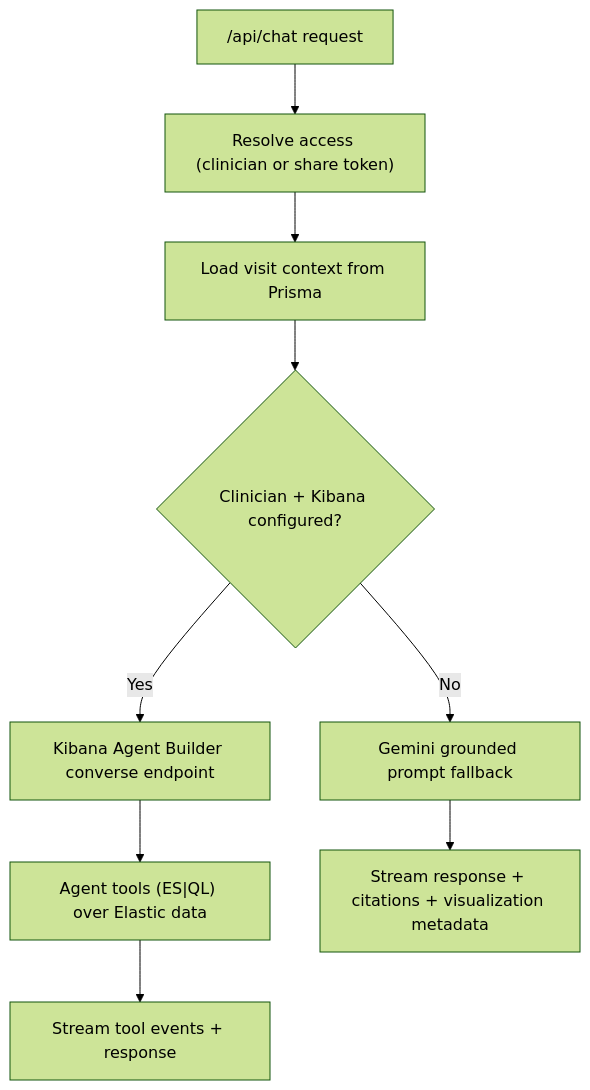
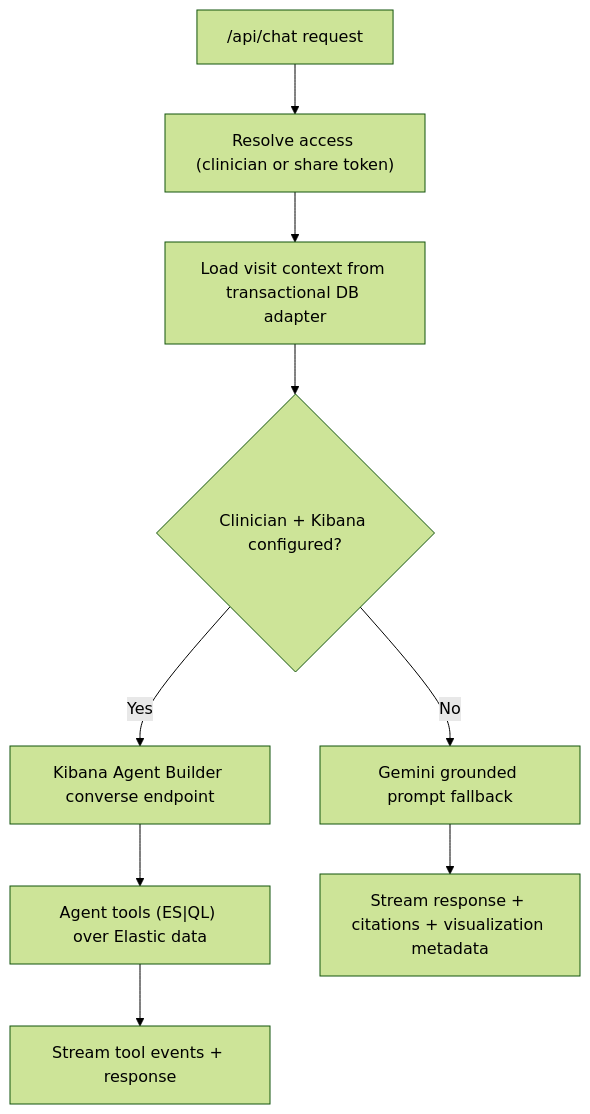
One commit to Manoj7ar/Synth changed the fifth of 6 diagrams in ELASTICSEARCH_INTEGRATION_DEEP_DIVE.md. Above: the diagram before and after it, drawn with Mermaid (forest theme). The commit also changed other lines of this file and 1 other file, not shown here.

````diff
--- a/ELASTICSEARCH_INTEGRATION_DEEP_DIVE.md
+++ b/ELASTICSEARCH_INTEGRATION_DEEP_DIVE.md
@@ -438,13 +438,13 @@
 ```mermaid
 flowchart TB
   IN["/api/chat request"] --> AUTH["Resolve access (clinician or share token)"]
-  AUTH --> CTX["Load visit context from Prisma"]
+  AUTH --> CTX["Load visit context from transactional DB adapter"]
   CTX --> DEC{"Clinician + Kibana configured?"}
 
   DEC -->|Yes| KB["Kibana Agent Builder converse endpoint"]
   KB --> TOOLS["Agent tools (ES|QL) over Elastic data"]
   TOOLS --> OUT1["Stream tool events + response"]
 
   DEC -->|No| G["Gemini grounded prompt fallback"]
   G --> OUT2["Stream response + citations + visualization metadata"]
 ```
````
